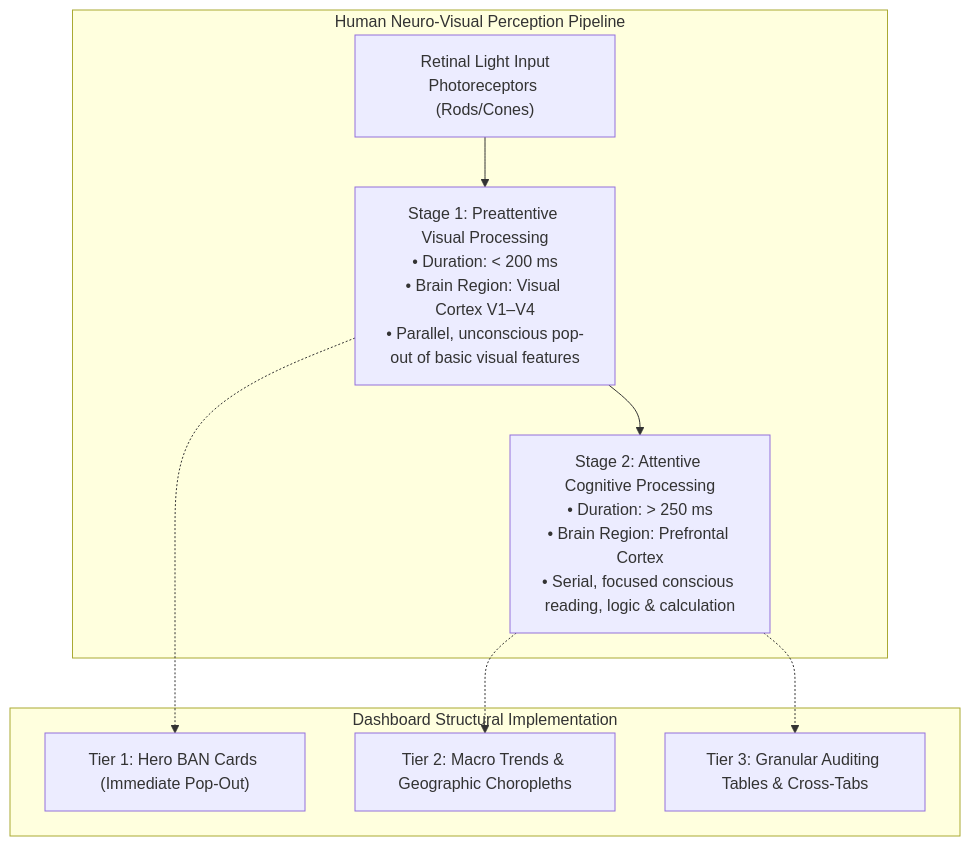
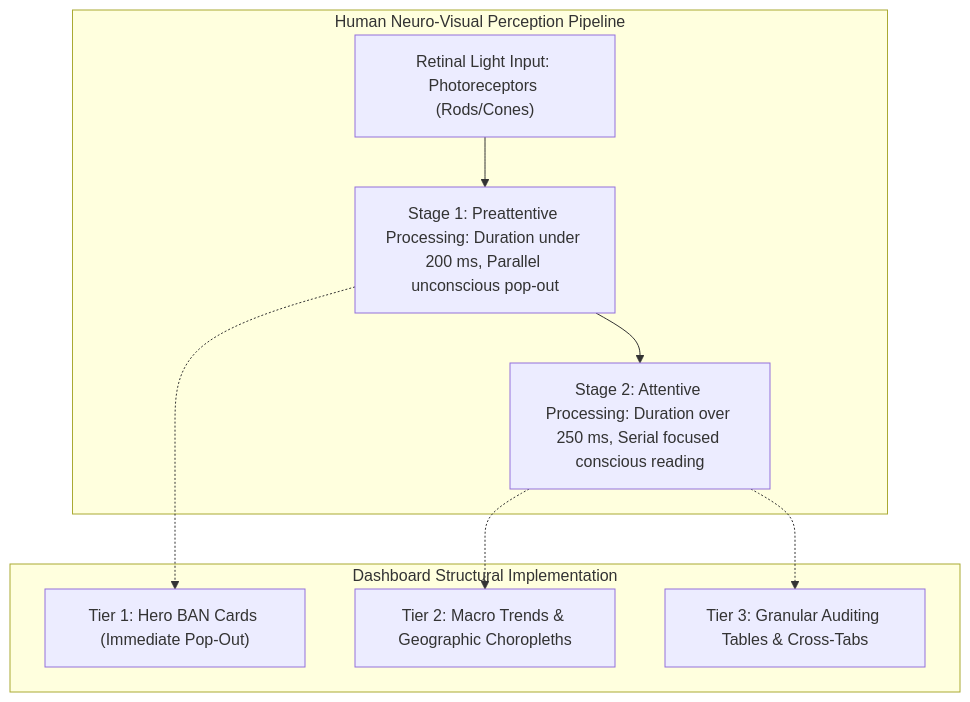
Before and after one commit to DeepLumiere/DeepSkills: the third of 18 diagrams in notes/data_analysis/Unit_5_notes.md, drawn with Mermaid. The commit also changed other lines of this file and 56 other files, not shown here.

````diff
--- a/notes/data_analysis/Unit_5_notes.md
+++ b/notes/data_analysis/Unit_5_notes.md
@@ -231,17 +231,17 @@
 ```mermaid
 flowchart TD
     subgraph HumanPerceptionPipeline ["Human Neuro-Visual Perception Pipeline"]
-        NP1["Retinal Light Input<br/>Photoreceptors (Rods/Cones)"] --> NP2["Stage 1: Preattentive Visual Processing<br/>• Duration: &lt; 200 ms<br/>• Brain Region: Visual Cortex V1–V4<br/>• Parallel, unconscious pop-out of basic visual features"]
-        NP2 --> NP3["Stage 2: Attentive Cognitive Processing<br/>• Duration: &gt; 250 ms<br/>• Brain Region: Prefrontal Cortex<br/>• Serial, focused conscious reading, logic & calculation"]
+        NP1["Retinal Light Input: Photoreceptors (Rods/Cones)"] --> NP2["Stage 1: Preattentive Processing: Duration under 200 ms, Parallel unconscious pop-out"]
+        NP2 --> NP3["Stage 2: Attentive Processing: Duration over 250 ms, Serial focused conscious reading"]
     end
 
     subgraph DesignImplementation ["Dashboard Structural Implementation"]
         DI1["Tier 1: Hero BAN Cards (Immediate Pop-Out)"]
         DI2["Tier 2: Macro Trends & Geographic Choropleths"]
         DI3["Tier 3: Granular Auditing Tables & Cross-Tabs"]
     end
 
     NP2 -.-> DI1
     NP3 -.-> DI2
     NP3 -.-> DI3
 ```
````
